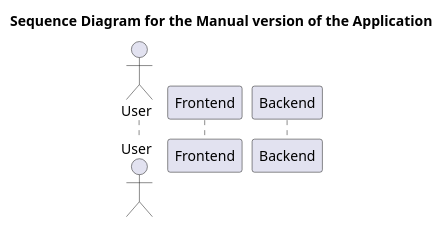
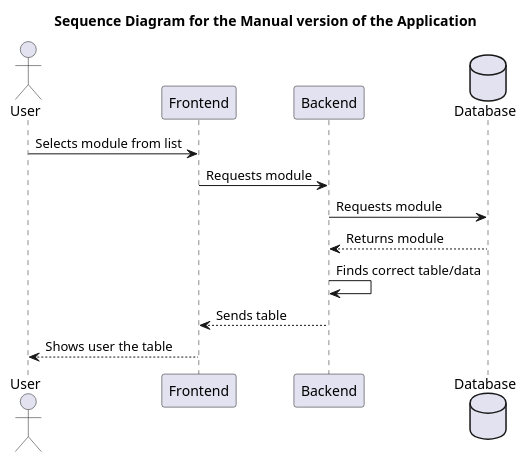
One commit to Bachelor-B25ITK12/Diagrammer changed the diagram in UML_Diagrammer/Manual_Application_Flow.puml. Above: the diagram before and after it, drawn with PlantUML.

```diff
--- a/UML_Diagrammer/Manual_Application_Flow.puml
+++ b/UML_Diagrammer/Manual_Application_Flow.puml
@@ -1,15 +1,20 @@
 @startuml
 'https://plantuml.com/sequence-diagram
 
 title Sequence Diagram for the Manual version of the Application
 
 ' Actors '
 actor           User            as User
 participant     Frontend        as Frontend
 participant     Backend         as Backend
+database        Database        as Database
 
-
-
-
+User        ->      Frontend        :   Selects module from list
+Frontend    ->      Backend         :   Requests module
+Backend     ->      Database        :   Requests module
+Database    -->     Backend         :   Returns module
+Backend     ->      Backend         :   Finds correct table/data
+Backend     -->     Frontend        :   Sends table
+Frontend    -->     User            :   Shows user the table
 
 @enduml
```
